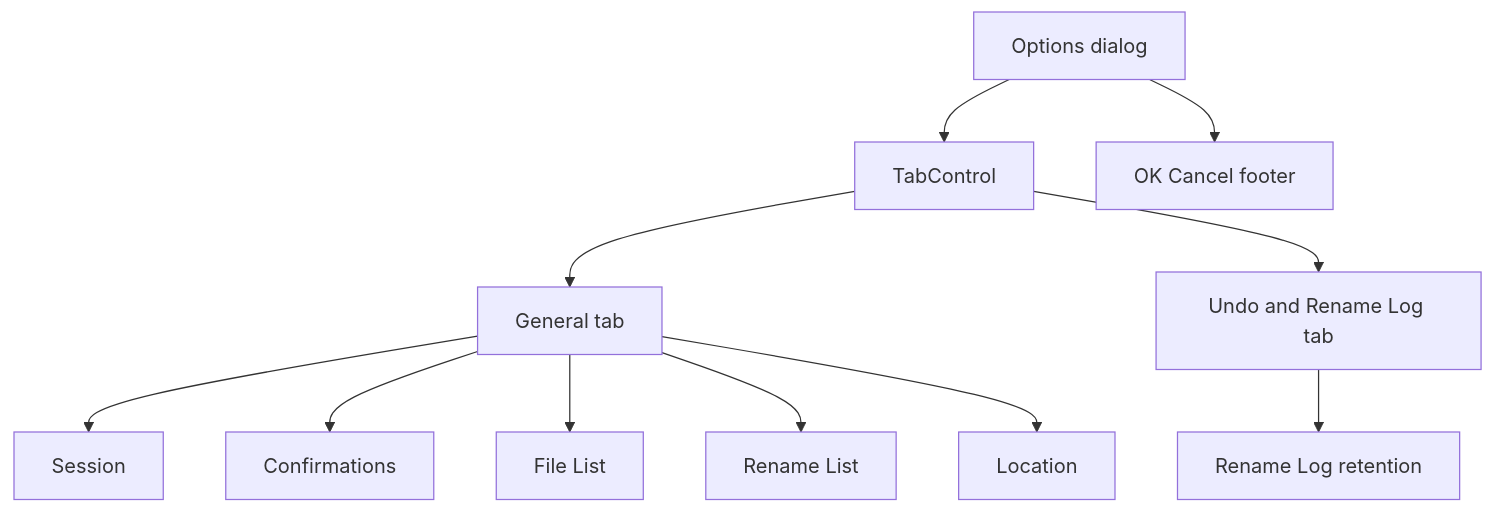
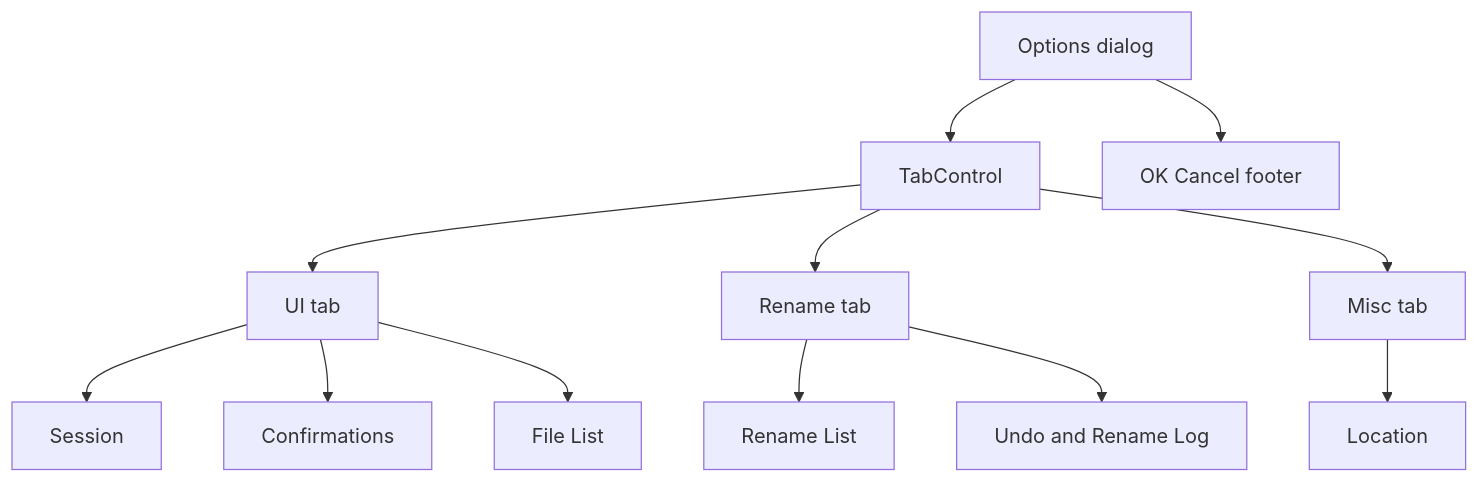
The diagram in docs/plans/options-dialog-tabs.plan.md (davidohana/finebytes), drawn with Mermaid before and after one commit. The commit also changed other lines of this file and 4 other files, not shown here.

Commit message:
Refactor Options dialog to implement three tabs: UI, Rename, and Misc. Update layout and styles for improved clarity and usability. Adjust tests to reflect new tab structure and ensure proper coverage of fieldsets. Update help documentation to match new tab organization and content.

````diff
--- a/docs/plans/options-dialog-tabs.plan.md
+++ b/docs/plans/options-dialog-tabs.plan.md
@@ -29,14 +32,15 @@
 ```mermaid
 flowchart TB
   Options[Options dialog]
   Options --> Tabs[TabControl]
-  Tabs --> General[General tab]
-  Tabs --> Undo[Undo and Rename Log tab]
-  General --> S[Session]
-  General --> C[Confirmations]
-  General --> F[File List]
-  General --> R[Rename List]
-  General --> L[Location]
-  Undo --> Log[Rename Log retention]
+  Tabs --> Ui[UI tab]
+  Tabs --> Rename[Rename tab]
+  Tabs --> Misc[Misc tab]
+  Ui --> S[Session]
+  Ui --> C[Confirmations]
+  Ui --> F[File List]
+  Rename --> R[Rename List]
+  Rename --> Log[Undo and Rename Log]
+  Misc --> L[Location]
   Options --> Footer[OK Cancel footer]
 ```
````
